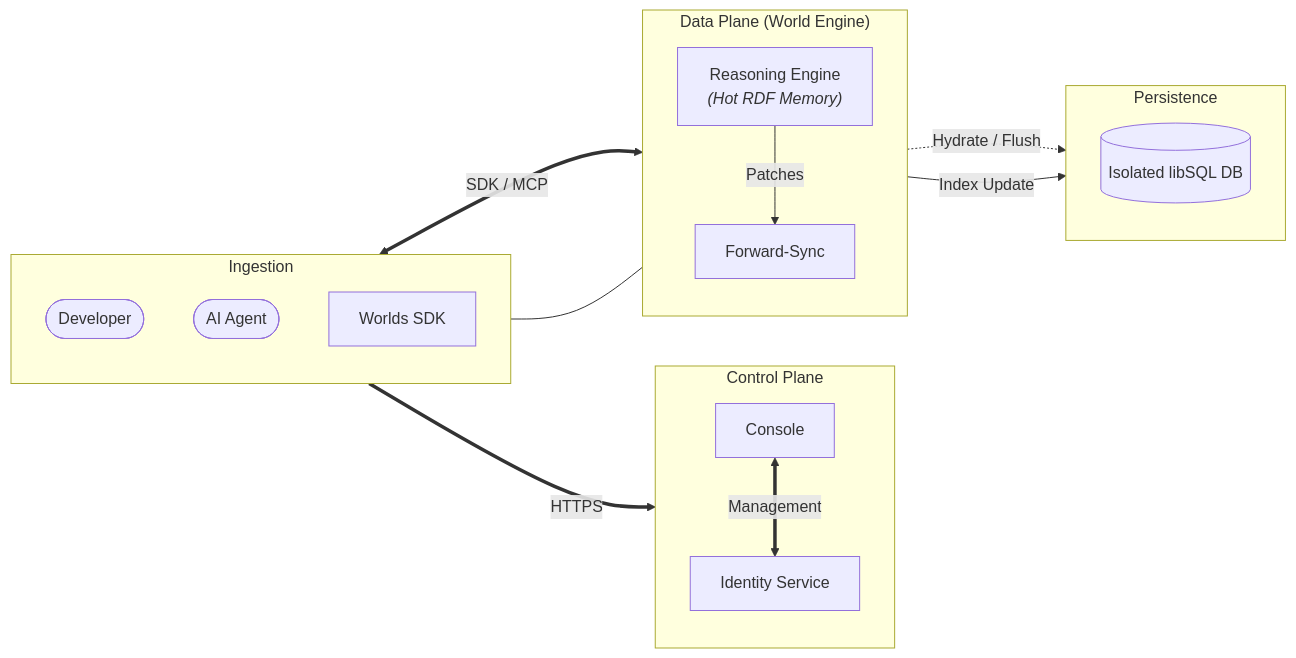
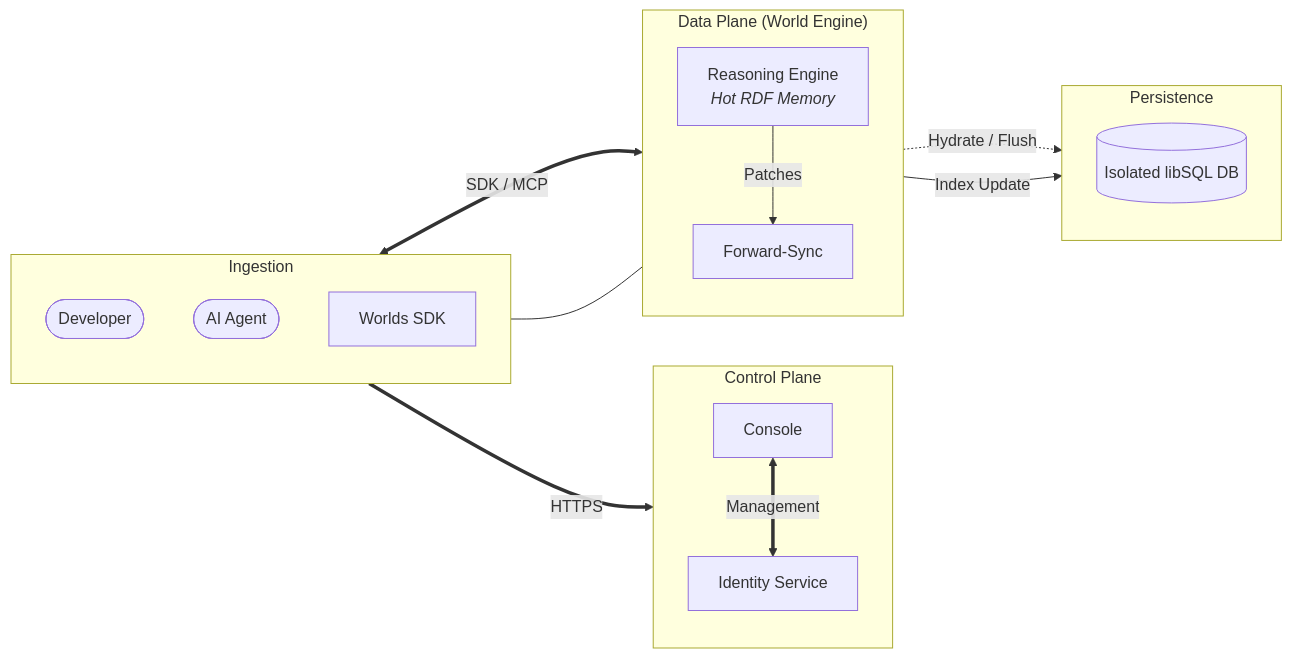
The first of 4 diagrams in packages/docs/overview/architecture.mdx (wazootech/worlds), drawn with Mermaid before and after one commit. The commit also changed other lines of this file and 2 other files, not shown here.

````diff
--- a/packages/docs/overview/architecture.mdx
+++ b/packages/docs/overview/architecture.mdx
@@ -16,39 +16,39 @@
 ```mermaid
 graph LR
     subgraph Clients ["Ingestion"]
         direction TB
         Dev([Developer])
         Agent([AI Agent])
         SDK["Worlds SDK"]
     end
 
     subgraph Control ["Control Plane"]
         direction TB
         Console[Console]
         Auth[Identity Service]
     end
 
     subgraph Data ["Data Plane (World Engine)"]
         direction TB
-        Engine["Reasoning Engine<br/><i>(Hot RDF Memory)</i>"]
+        Engine["Reasoning Engine<br/><i>Hot RDF Memory</i>"]
         Sync["Forward-Sync"]
     end
 
     subgraph State ["Persistence"]
         direction TB
         DB[("Isolated libSQL DB")]
     end
 
     %% Human/Control Flow
     Dev ==>|HTTPS| Console
     Console <==>|Management| Auth
 
     %% Agent/Data Flow
     Agent <==>|SDK / MCP| Engine
     SDK --- Engine
 
     %% Internal Processing
     Engine -.->|Hydrate / Flush| DB
     Engine -->|Patches| Sync
     Sync -->|Index Update| DB
 ```
````
